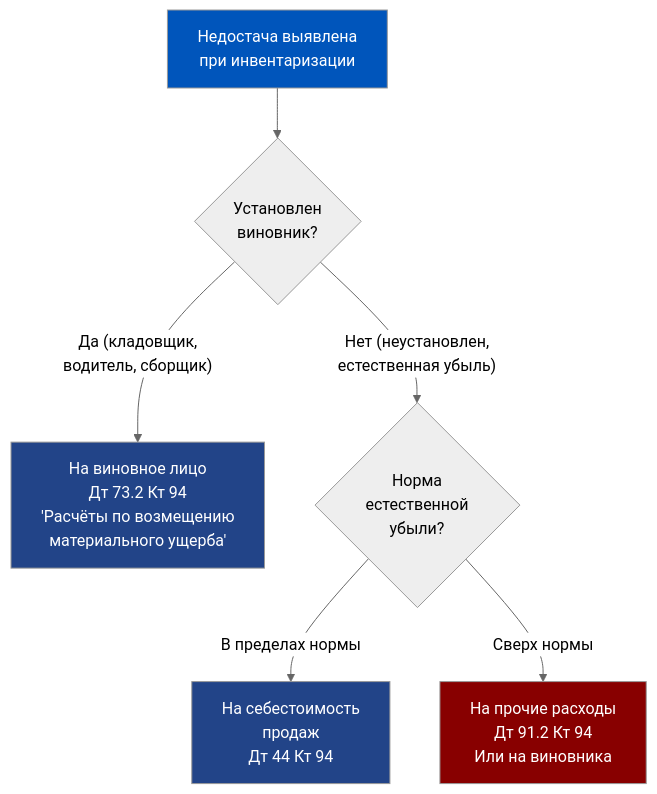
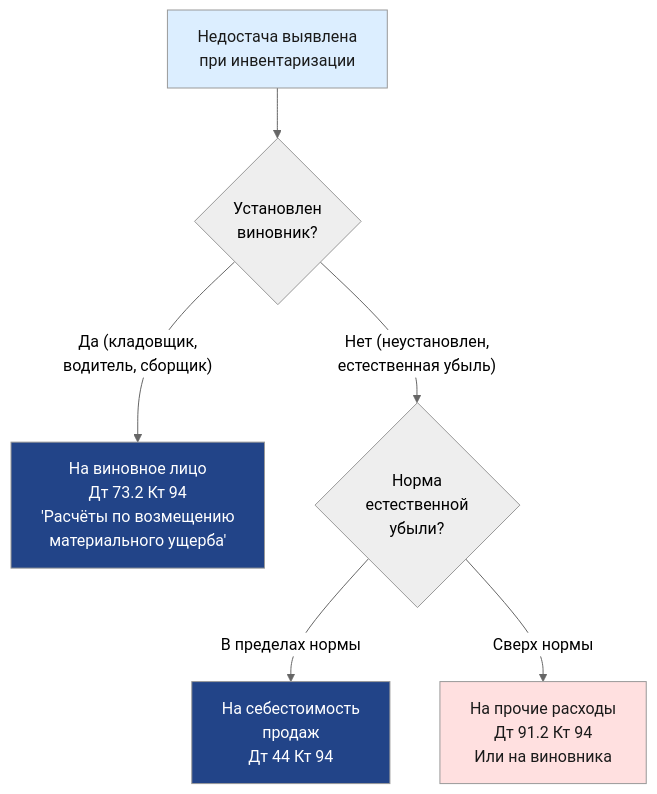
One commit to murad1986/1c-erp-quartz changed the fourth of 7 diagrams in content/1c-erp/week_5/Неделя 5 - День 3 - Инвентаризация.md. Above: the diagram before and after it, drawn with Mermaid (neutral theme). The commit also changed other lines of this file and 57 other files, not shown here.

First line of the commit message:
fix: Mermaid — пастельные цвета в источниках диаграмм (56 файлов)

````diff
--- a/content/1c-erp/week_5/Неделя 5 - День 3 - Инвентаризация.md
+++ b/content/1c-erp/week_5/Неделя 5 - День 3 - Инвентаризация.md
@@ -250,13 +250,13 @@
 ```mermaid
 flowchart TD
     A["Недостача выявлена<br/>при инвентаризации"] --> B{Установлен<br/>виновник?}
     B -->|"Да (кладовщик,<br/>водитель, сборщик)"| C["На виновное лицо<br/>Дт 73.2 Кт 94<br/>'Расчёты по возмещению<br/>материального ущерба'"]
     B -->|"Нет (неустановлен,<br/>естественная убыль)"| D{Норма<br/>естественной<br/>убыли?}
     D -->|"В пределах нормы"| E["На себестоимость<br/>продаж<br/>Дт 44 Кт 94"]
     D -->|"Сверх нормы"| F["На прочие расходы<br/>Дт 91.2 Кт 94<br/>Или на виновника"]
 
-    style A fill:#0055BB,color:#fff
+    style A fill:#dceeff,color:#1a1a1a
     style C fill:#224488,color:#fff
     style E fill:#224488,color:#fff
-    style F fill:#880000,color:#fff
+    style F fill:#ffe0e0,color:#1a1a1a
 ```
````
